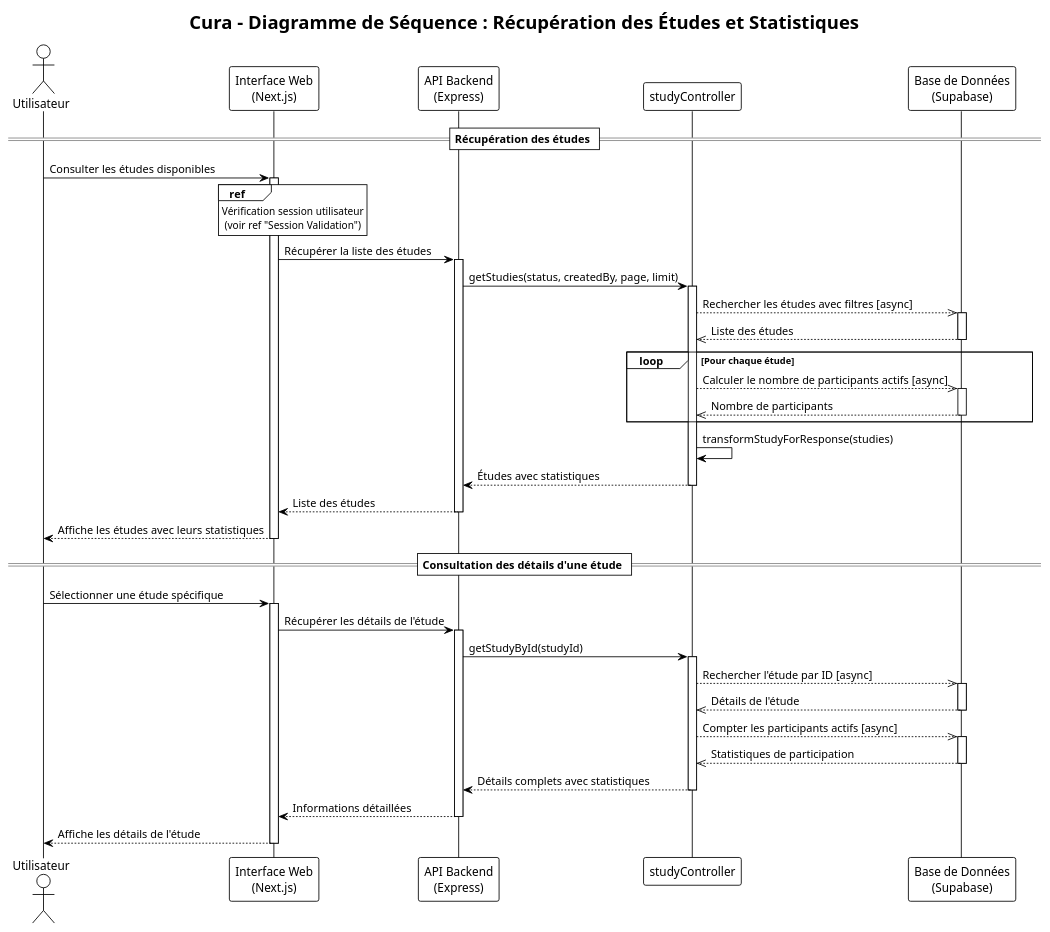
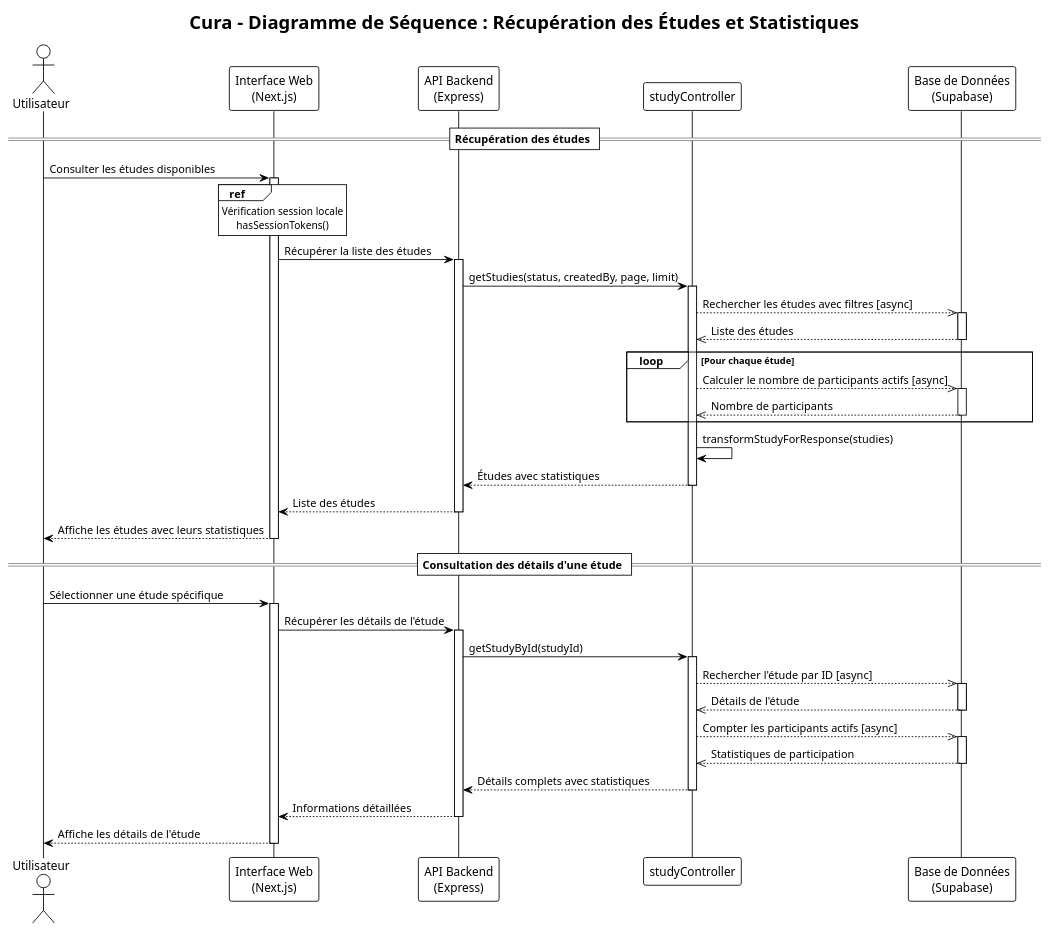
Before and after one commit to monark-community/zk-medical-data-exchange: the diagram in docs/sequence-diagrams/study-statistics-retrieval-sequence.puml, drawn with PlantUML. The commit also changed 17 other files, not shown here.

Commit message:
chore: updated seq diagrams pt 2

```diff
--- a/docs/sequence-diagrams/study-statistics-retrieval-sequence.puml
+++ b/docs/sequence-diagrams/study-statistics-retrieval-sequence.puml
@@ -1,72 +1,72 @@
 @startuml Study_Statistics_Retrieval_Sequence
 !theme plain
 
 title Cura - Diagramme de Séquence : Récupération des Études et Statistiques
 
 actor "Utilisateur" as User
 participant "Interface Web\n(Next.js)" as Frontend
 participant "API Backend\n(Express)" as Backend
 participant "studyController" as Controller
 participant "Base de Données\n(Supabase)" as Database
 
 == Récupération des études ==
 User -> Frontend : Consulter les études disponibles
 activate Frontend
 
 ref over Frontend
-    Vérification session utilisateur
-    (voir ref "Session Validation")
+    Vérification session locale
+    hasSessionTokens()
 end ref
 
 Frontend -> Backend : Récupérer la liste des études
 activate Backend
 Backend -> Controller : getStudies(status, createdBy, page, limit)
 activate Controller
 
 Controller -->> Database : Rechercher les études avec filtres [async]
 activate Database
 Database -->> Controller : Liste des études
 deactivate Database
 
 loop Pour chaque étude
     Controller -->> Database : Calculer le nombre de participants actifs [async]
     activate Database
     Database -->> Controller : Nombre de participants
     deactivate Database
 end
 
 Controller -> Controller : transformStudyForResponse(studies)
 
 Controller --> Backend : Études avec statistiques
 deactivate Controller
 Backend --> Frontend : Liste des études
 deactivate Backend
 Frontend --> User : Affiche les études avec leurs statistiques
 deactivate Frontend
 
 == Consultation des détails d'une étude ==
 User -> Frontend : Sélectionner une étude spécifique
 activate Frontend
 Frontend -> Backend : Récupérer les détails de l'étude
 activate Backend
 Backend -> Controller : getStudyById(studyId)
 activate Controller
 
 Controller -->> Database : Rechercher l'étude par ID [async]
 activate Database
 Database -->> Controller : Détails de l'étude
 deactivate Database
 
 Controller -->> Database : Compter les participants actifs [async]
 activate Database
 Database -->> Controller : Statistiques de participation
 deactivate Database
 
 Controller --> Backend : Détails complets avec statistiques
 deactivate Controller
 Backend --> Frontend : Informations détaillées
 deactivate Backend
 Frontend --> User : Affiche les détails de l'étude
 deactivate Frontend
 
 @enduml
```
